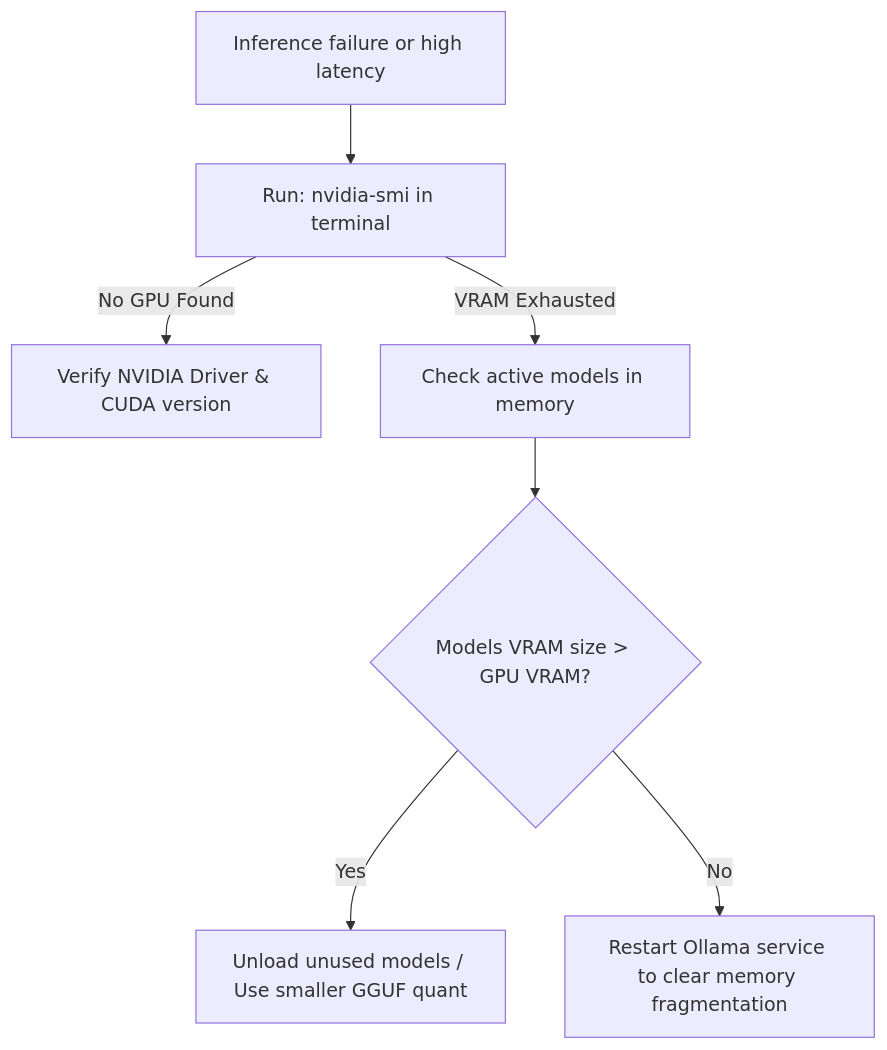
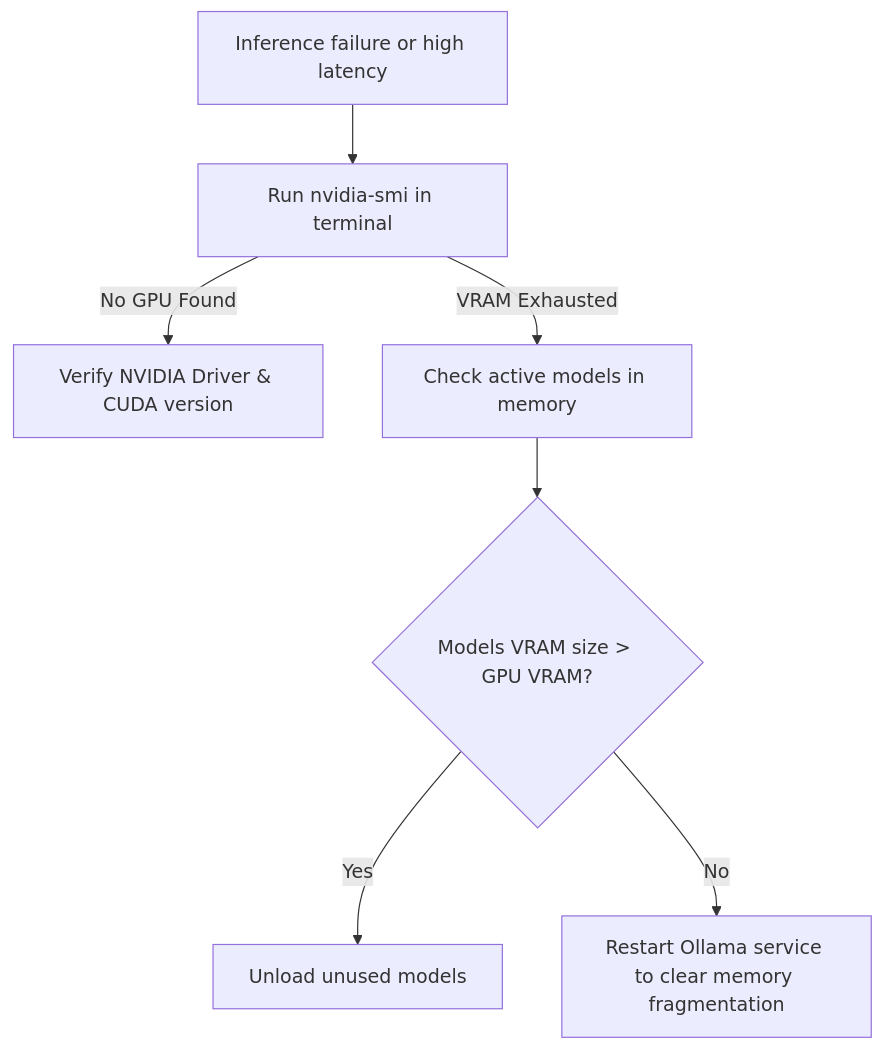
Before and after one commit to rjmad1/AegisOS: the second of 2 diagrams in docs/Troubleshooting_Guide.md, drawn with Mermaid. The commit also changed other lines of this file and 97 other files, not shown here.

````diff
--- a/docs/Troubleshooting_Guide.md
+++ b/docs/Troubleshooting_Guide.md
@@ -51,10 +71,10 @@
 ```mermaid
 flowchart TD
-    Start[Inference failure or high latency] --> CheckGPU[Run: nvidia-smi in terminal]
+    Start[Inference failure or high latency] --> CheckGPU[Run nvidia-smi in terminal]
     CheckGPU -->|No GPU Found| CheckDriver[Verify NVIDIA Driver & CUDA version]
     CheckGPU -->|VRAM Exhausted| IdentifyActiveModels[Check active models in memory]
     
     IdentifyActiveModels --> ExceedsLimit{Models VRAM size > GPU VRAM?}
-    ExceedsLimit -->|Yes| UnloadModels[Unload unused models / Use smaller GGUF quant]
+    ExceedsLimit -->|Yes| UnloadModels[Unload unused models]
     ExceedsLimit -->|No| CheckFragment[Restart Ollama service to clear memory fragmentation]
 ```
````
